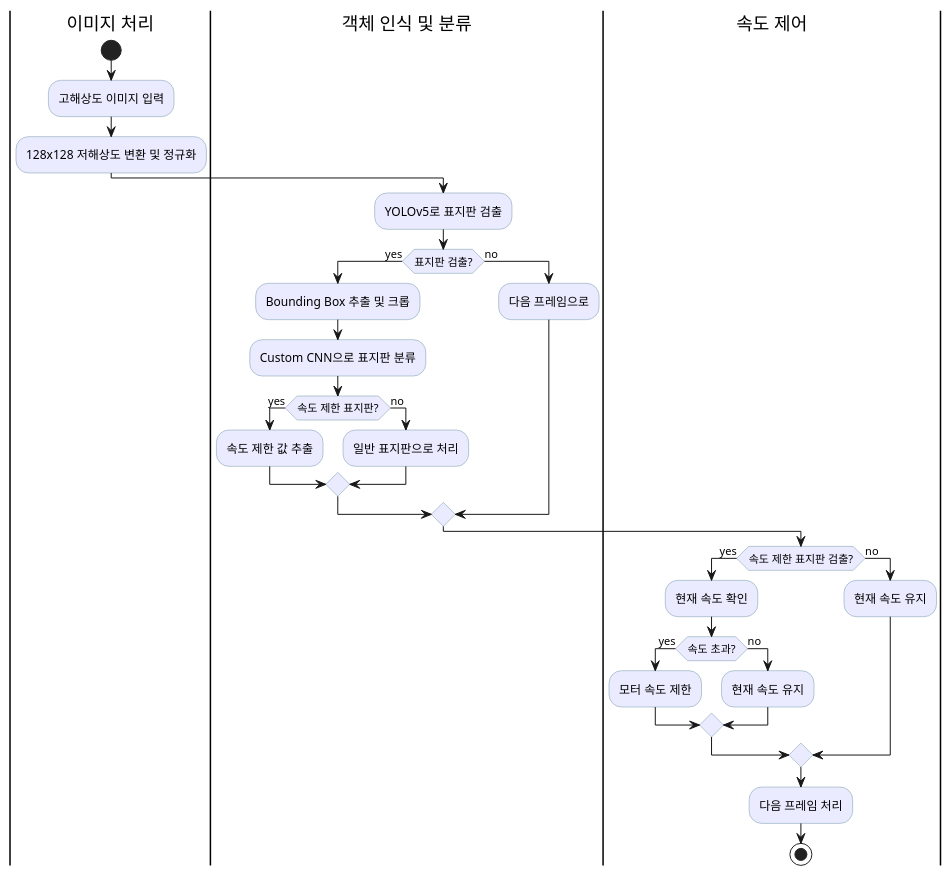
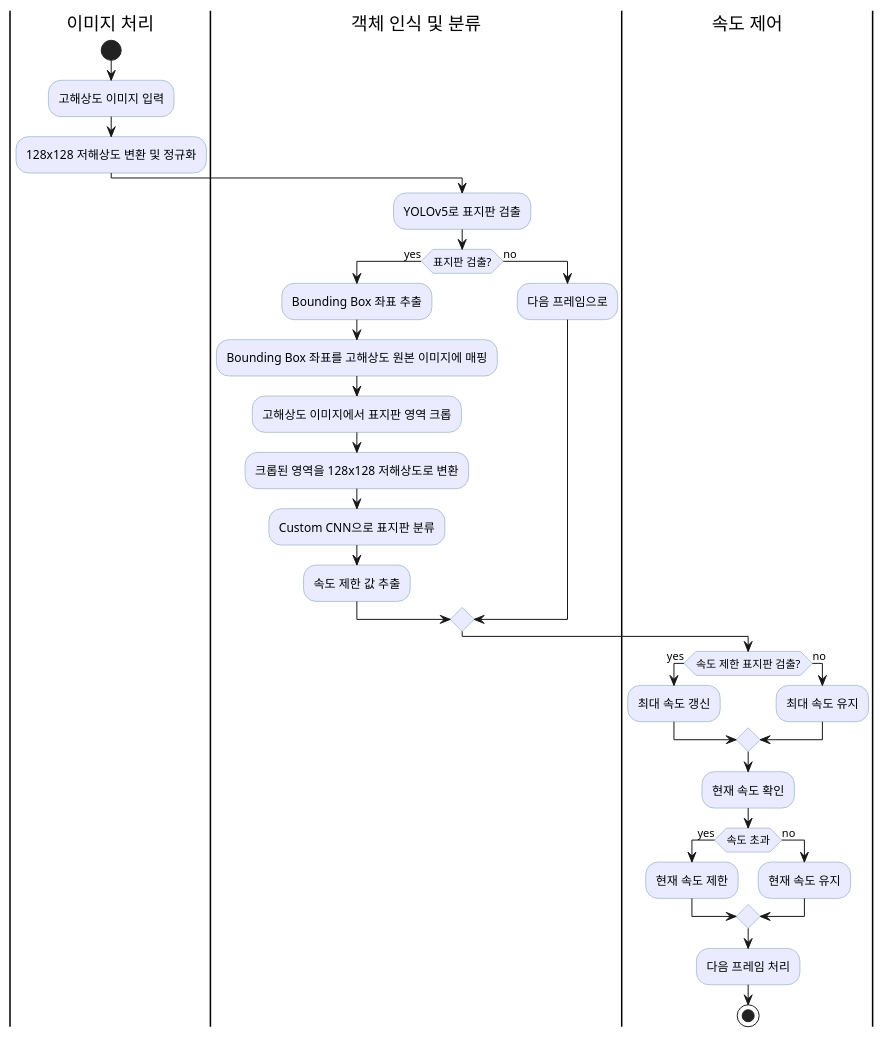
The diagram in plantUML.puml (Hyunoh430/traffic-sign-detection-raspberry), drawn with PlantUML before and after one commit. The commit also changed 3 other files, not shown here.

```diff
--- a/plantUML.puml
+++ b/plantUML.puml
@@ -1,41 +1,38 @@
 @startuml
 skinparam backgroundColor transparent
 skinparam ActivityBackgroundColor #eaebff
 skinparam ActivityBorderColor #7497a6
 skinparam ActivityFontColor black
 
 |이미지 처리|
 start
 :고해상도 이미지 입력;
 :128x128 저해상도 변환 및 정규화;
-
 |객체 인식 및 분류|
 :YOLOv5로 표지판 검출;
 if (표지판 검출?) then (yes)
-  :Bounding Box 추출 및 크롭;
+  :Bounding Box 좌표 추출;
+  :Bounding Box 좌표를 고해상도 원본 이미지에 매핑;
+  :고해상도 이미지에서 표지판 영역 크롭;
+  :크롭된 영역을 128x128 저해상도로 변환;
   :Custom CNN으로 표지판 분류;
-  if (속도 제한 표지판?) then (yes)
-    :속도 제한 값 추출;
-  else (no)
-    :일반 표지판으로 처리;
-  endif
+  :속도 제한 값 추출;
+
 else (no)
   :다음 프레임으로;
 endif
-
 |속도 제어|
 if (속도 제한 표지판 검출?) then (yes)
-  :현재 속도 확인;
-  if (속도 초과?) then (yes)
-    :모터 속도 제한;
-  else (no)
-    :현재 속도 유지;
-  endif
+  :최대 속도 갱신;
+else (no)
+  :최대 속도 유지;
+endif
+:현재 속도 확인;
+if (속도 초과) then (yes)
+  :현재 속도 제한;
 else (no)
   :현재 속도 유지;
 endif
-
 :다음 프레임 처리;
 stop
-
 @enduml
```
